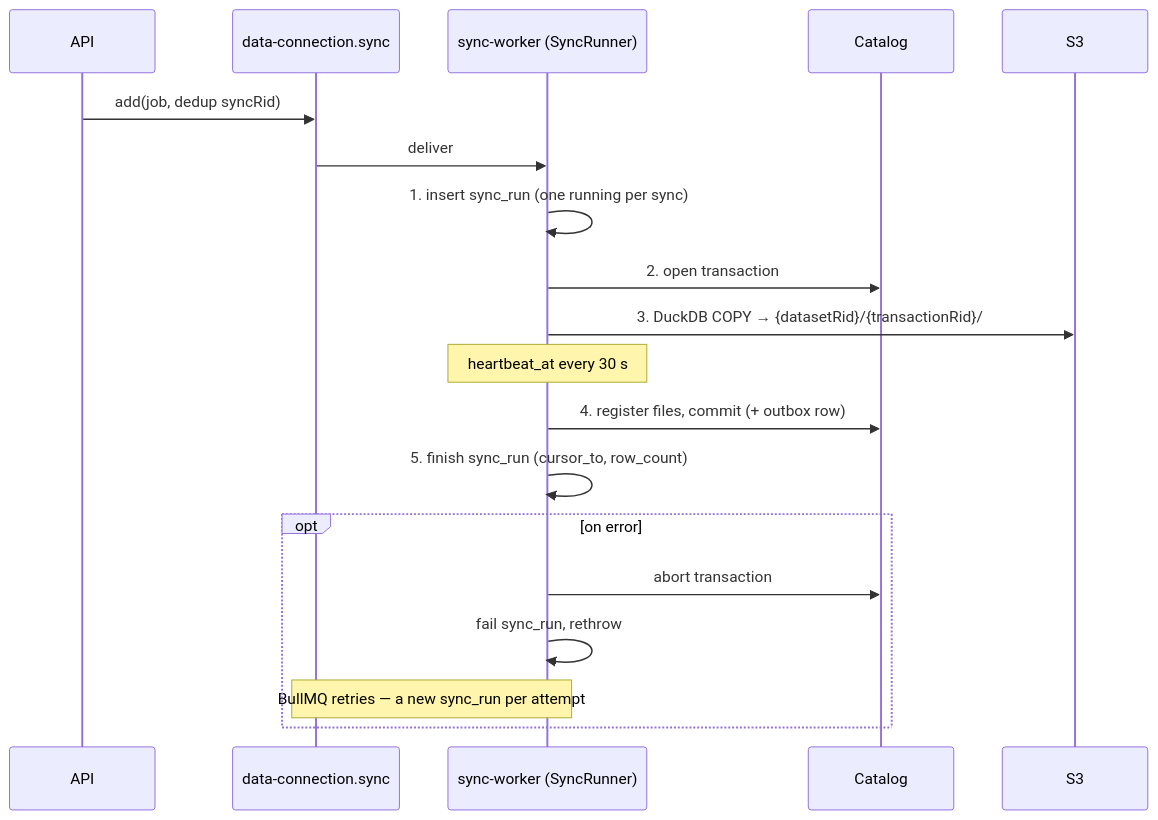
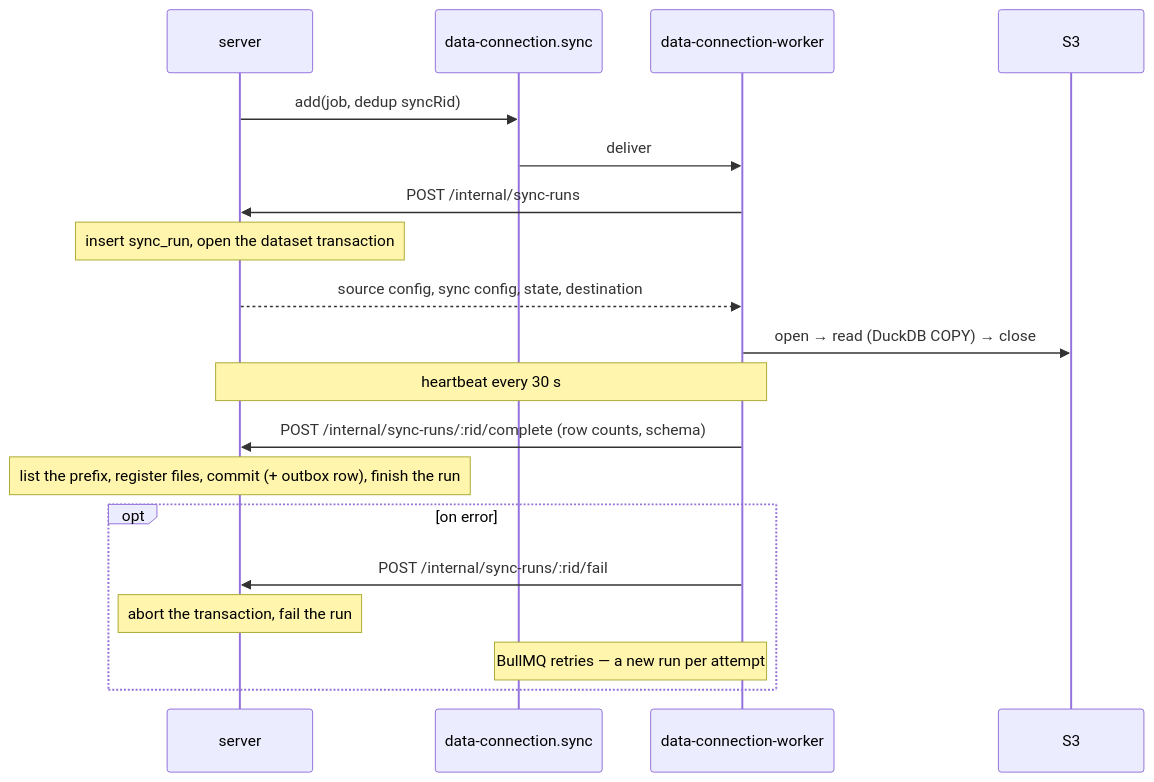
One commit to RolandTeslaru/Quarry changed the first of 2 diagrams in docs/design/jobs.md. Above: the diagram before and after it, drawn with Mermaid. The commit also changed other lines of this file and 119 other files, not shown here.

First line of the commit message:
feat: add DataConnection API for sync management and queue processing

````diff
--- a/docs/design/jobs.md
+++ b/docs/design/jobs.md
@@ -139,22 +138,22 @@
 ```mermaid
 sequenceDiagram
-    participant API
+    participant S as server
     participant Q as data-connection.sync
-    participant W as sync-worker (SyncRunner)
-    participant C as Catalog
+    participant W as data-connection-worker
     participant S3
 
-    API->>Q: add(job, dedup syncRid)
+    S->>Q: add(job, dedup syncRid)
     Q->>W: deliver
-    W->>W: 1. insert sync_run (one running per sync)
-    W->>C: 2. open transaction
-    W->>S3: 3. DuckDB COPY → {datasetRid}/{transactionRid}/
-    Note over W: heartbeat_at every 30 s
-    W->>C: 4. register files, commit (+ outbox row)
-    W->>W: 5. finish sync_run (cursor_to, row_count)
+    W->>S: POST /internal/sync-runs
+    Note over S: insert sync_run, open the dataset transaction
+    S-->>W: source config, sync config, state, destination
+    W->>S3: open → read (DuckDB COPY) → close
+    Note over W,S: heartbeat every 30 s
+    W->>S: POST /internal/sync-runs/:rid/complete (row counts, schema)
+    Note over S: list the prefix, register files, commit (+ outbox row), finish the run
     opt on error
-        W->>C: abort transaction
-        W->>W: fail sync_run, rethrow
-        Note over Q,W: BullMQ retries — a new sync_run per attempt
+        W->>S: POST /internal/sync-runs/:rid/fail
+        Note over S: abort the transaction, fail the run
+        Note over Q,W: BullMQ retries — a new run per attempt
     end
 ```
````
